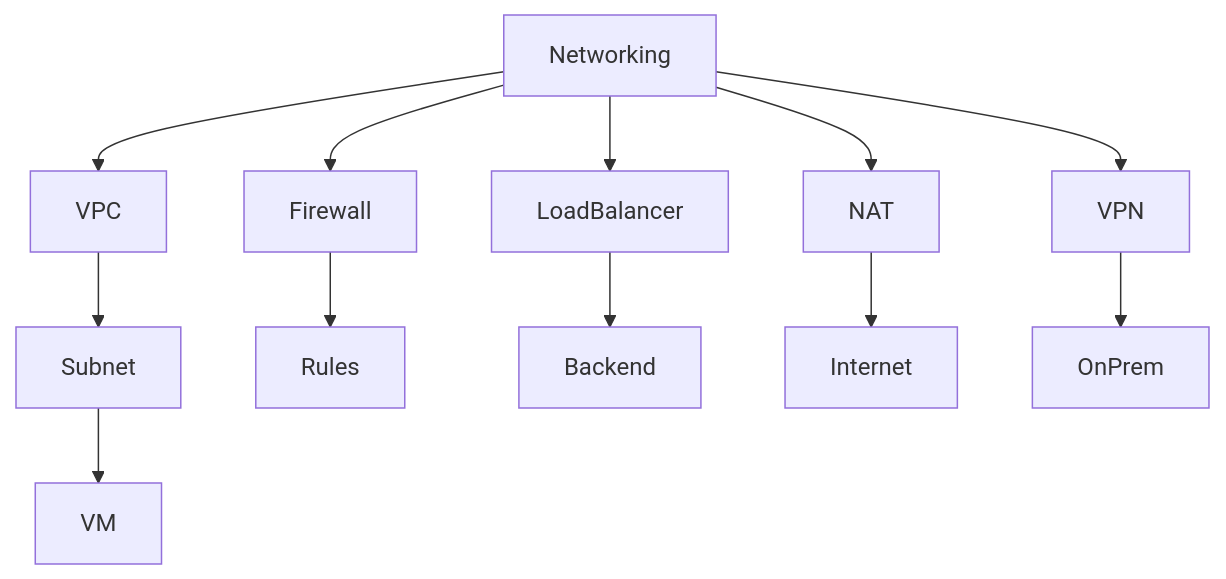
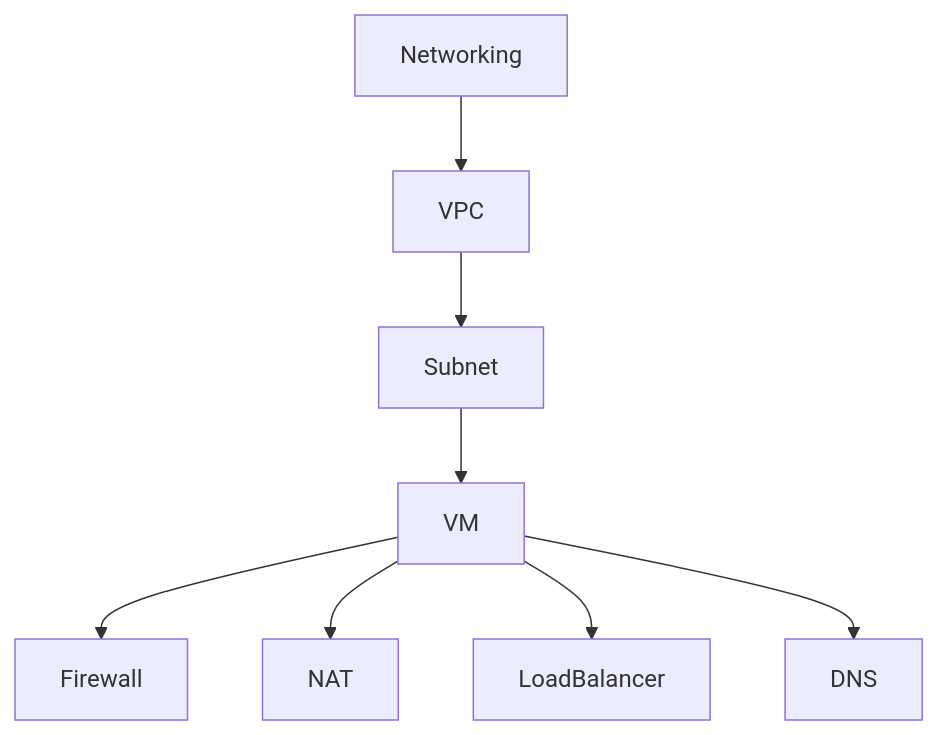
The tenth of 10 diagrams in 06_LAB/01_GCP_ACE_HACK/sessions_ver262/02_network.md (conti0513/development_public), drawn with Mermaid before and after one commit. The commit also changed other lines of this file and 22 other files, not shown here.

````diff
--- a/06_LAB/01_GCP_ACE_HACK/sessions_ver262/02_network.md
+++ b/06_LAB/01_GCP_ACE_HACK/sessions_ver262/02_network.md
@@ -273,15 +568,11 @@
 ```mermaid
 graph TD
 Networking --> VPC
-Networking --> Firewall
-Networking --> LoadBalancer
-Networking --> NAT
-Networking --> VPN
-
 VPC --> Subnet
 Subnet --> VM
-Firewall --> Rules
-LoadBalancer --> Backend
-NAT --> Internet
-VPN --> OnPrem
+
+VM --> Firewall
+VM --> NAT
+VM --> LoadBalancer
+VM --> DNS
 ```
````
